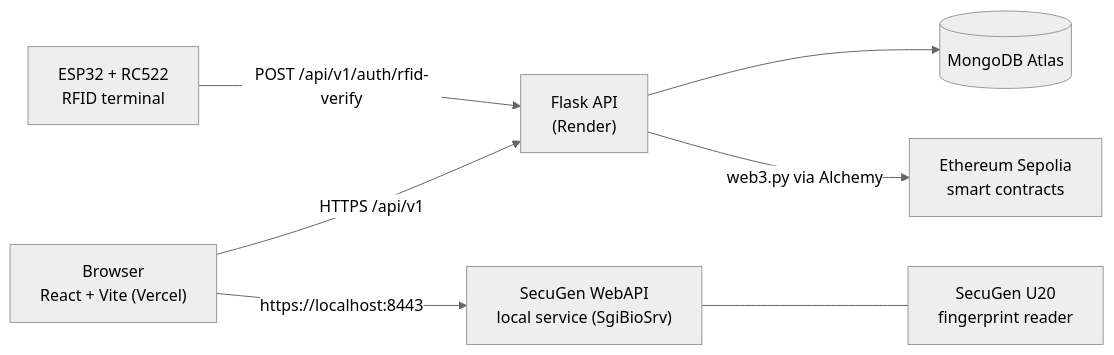
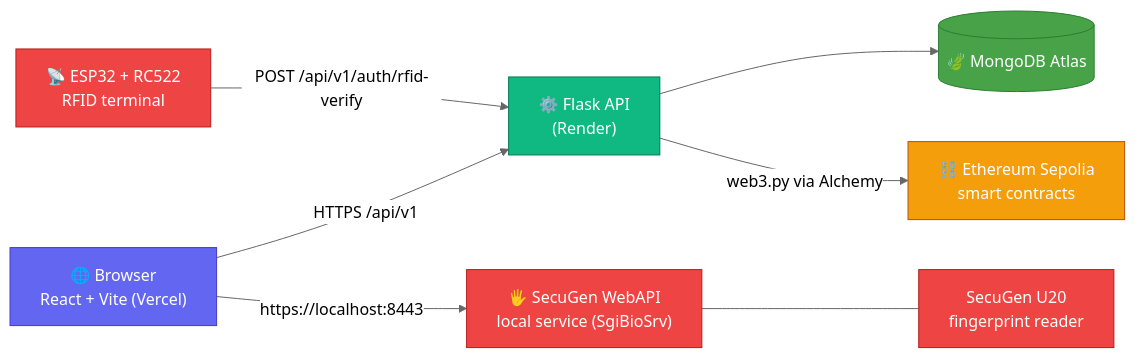
One commit to Bennyhinn007/DPDP-Compliant-Blockchain-Based-Personal-Data-Protection-and-Consent-Management-System changed the diagram in README.md. Above: the diagram before and after it, drawn with Mermaid (neutral theme). The commit also changed other lines of this file and 11 other files, not shown here.

````diff
--- a/README.md
+++ b/README.md
@@ -75,9 +130,20 @@
 ```mermaid
 graph LR
-    Browser["Browser<br/>React + Vite (Vercel)"] -->|HTTPS /api/v1| API["Flask API<br/>(Render)"]
-    API --> DB[("MongoDB Atlas")]
-    API -->|web3.py via Alchemy| Chain["Ethereum Sepolia<br/>smart contracts"]
-    ESP["ESP32 + RC522<br/>RFID terminal"] -->|"POST /api/v1/auth/rfid-verify"| API
-    Browser -->|"https://localhost:8443"| SG["SecuGen WebAPI<br/>local service (SgiBioSrv)"]
+    Browser["🌐 Browser<br/>React + Vite (Vercel)"] -->|HTTPS /api/v1| API["⚙️ Flask API<br/>(Render)"]
+    API --> DB[("🍃 MongoDB Atlas")]
+    API -->|web3.py via Alchemy| Chain["⛓️ Ethereum Sepolia<br/>smart contracts"]
+    ESP["📡 ESP32 + RC522<br/>RFID terminal"] -->|"POST /api/v1/auth/rfid-verify"| API
+    Browser -->|"https://localhost:8443"| SG["🖐️ SecuGen WebAPI<br/>local service (SgiBioSrv)"]
     SG --- Reader["SecuGen U20<br/>fingerprint reader"]
+
+    classDef client fill:#6366F1,stroke:#4338CA,color:#fff;
+    classDef server fill:#10B981,stroke:#047857,color:#fff;
+    classDef data fill:#47A248,stroke:#2E7D32,color:#fff;
+    classDef chain fill:#F59E0B,stroke:#B45309,color:#fff;
+    classDef hw fill:#EF4444,stroke:#B91C1C,color:#fff;
+    class Browser client;
+    class API server;
+    class DB data;
+    class Chain chain;
+    class ESP,SG,Reader hw;
 ```
````
